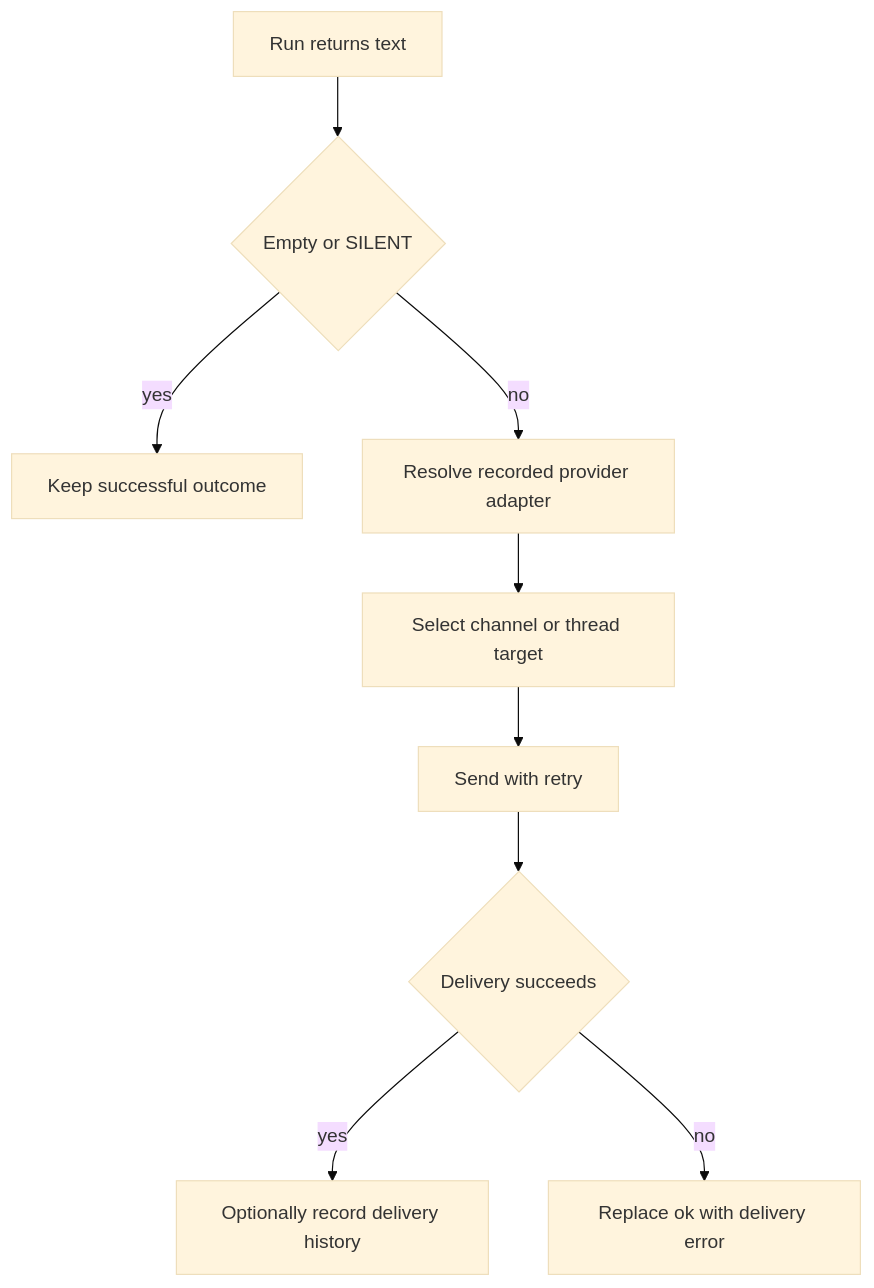
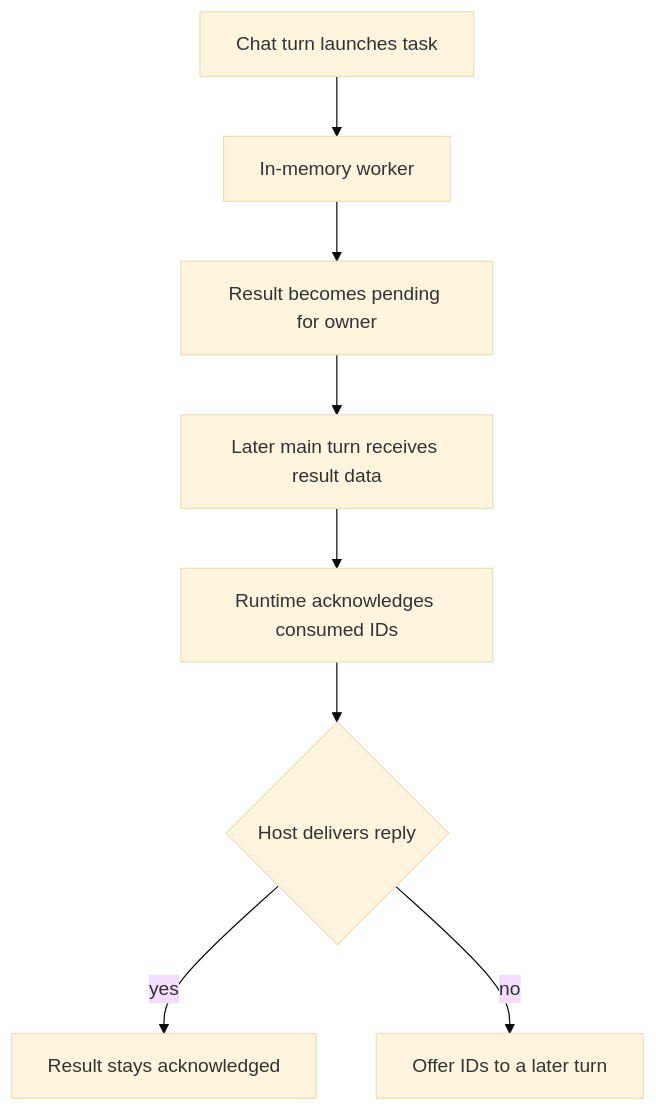
One commit to langchain-ai/deepagents changed the second of 2 diagrams in openwiki/concepts/talon-scheduling.md. Above: the diagram before and after it, drawn with Mermaid (base theme). The commit also changed other lines of this file and 67 other files, not shown here.

````diff
--- a/openwiki/concepts/talon-scheduling.md
+++ b/openwiki/concepts/talon-scheduling.md
@@ -113,11 +84,10 @@
 ```mermaid
 flowchart TD
-    Text["Run returns text"] --> Silent{"Empty or SILENT"}
-    Silent -->|"yes"| Suppress["Keep successful outcome"]
-    Silent -->|"no"| Adapter["Resolve recorded provider adapter"]
-    Adapter --> Target["Select channel or thread target"]
-    Target --> Send["Send with retry"]
-    Send --> Sent{"Delivery succeeds"}
-    Sent -->|"yes"| History["Optionally record delivery history"]
-    Sent -->|"no"| Error["Replace ok with delivery error"]
+    Turn["Chat turn launches task"] --> Worker["In-memory worker"]
+    Worker --> Done["Result becomes pending for owner"]
+    Done --> Next["Later main turn receives result data"]
+    Next --> Ack["Runtime acknowledges consumed IDs"]
+    Ack --> Delivery{"Host delivers reply"}
+    Delivery -->|"yes"| Complete["Result stays acknowledged"]
+    Delivery -->|"no"| Requeue["Offer IDs to a later turn"]
 ```
````
